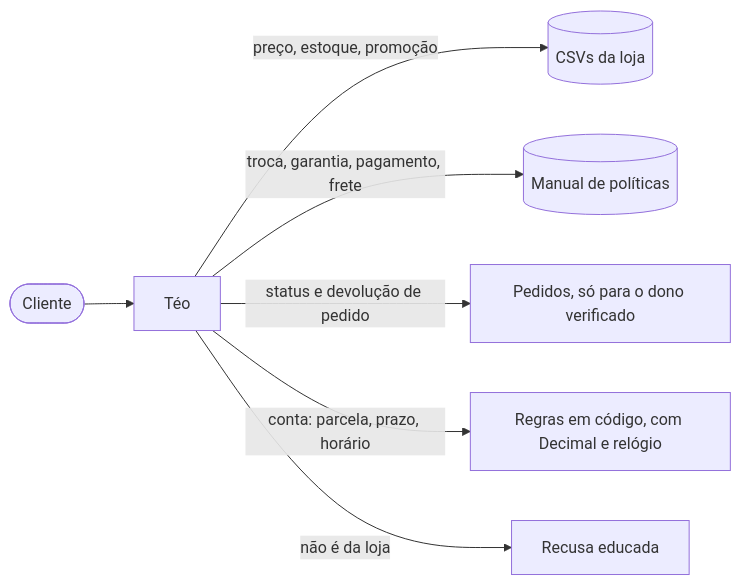
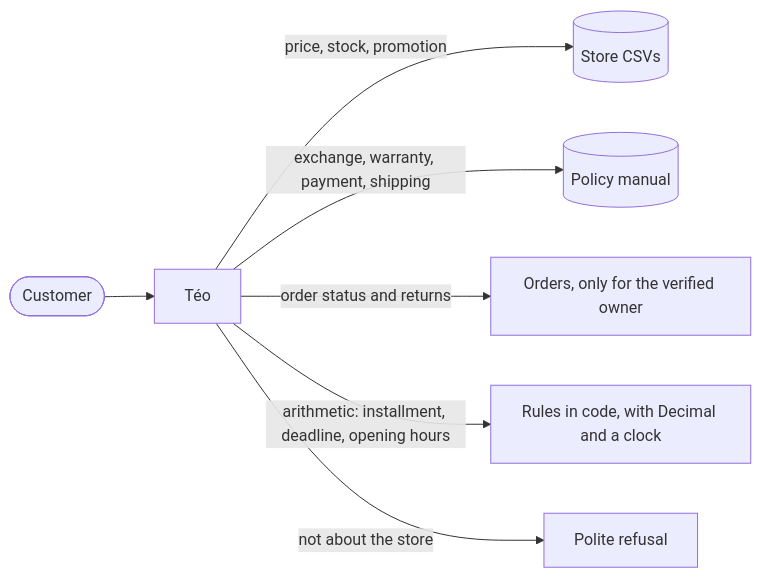
Before and after one commit to oericdacosta/emporio-assistant: the first of 6 diagrams in README.md, drawn with Mermaid. The commit also changed other lines of this file and 16 other files, not shown here.

````diff
--- a/README.md
+++ b/README.md
@@ -16,9 +16,9 @@
 ```mermaid
 flowchart LR
-    C(["Cliente"]) --> T["Téo"]
-    T -->|"preço, estoque, promoção"| D[("CSVs da loja")]
-    T -->|"troca, garantia, pagamento, frete"| P[("Manual de políticas")]
-    T -->|"status e devolução de pedido"| O["Pedidos, só para o dono verificado"]
-    T -->|"conta: parcela, prazo, horário"| R["Regras em código, com Decimal e relógio"]
-    T -->|"não é da loja"| X["Recusa educada"]
+    C(["Customer"]) --> T["Téo"]
+    T -->|"price, stock, promotion"| D[("Store CSVs")]
+    T -->|"exchange, warranty, payment, shipping"| P[("Policy manual")]
+    T -->|"order status and returns"| O["Orders, only for the verified owner"]
+    T -->|"arithmetic: installment, deadline, opening hours"| R["Rules in code, with Decimal and a clock"]
+    T -->|"not about the store"| X["Polite refusal"]
 ```
````
